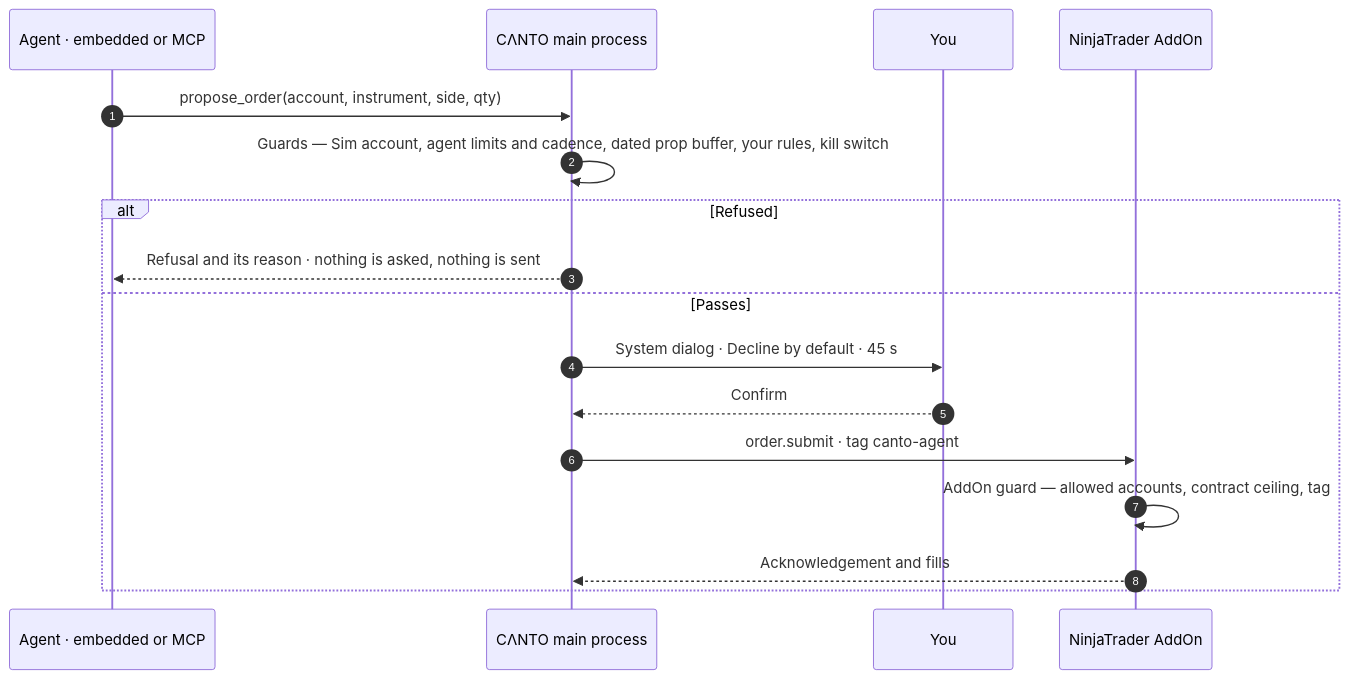
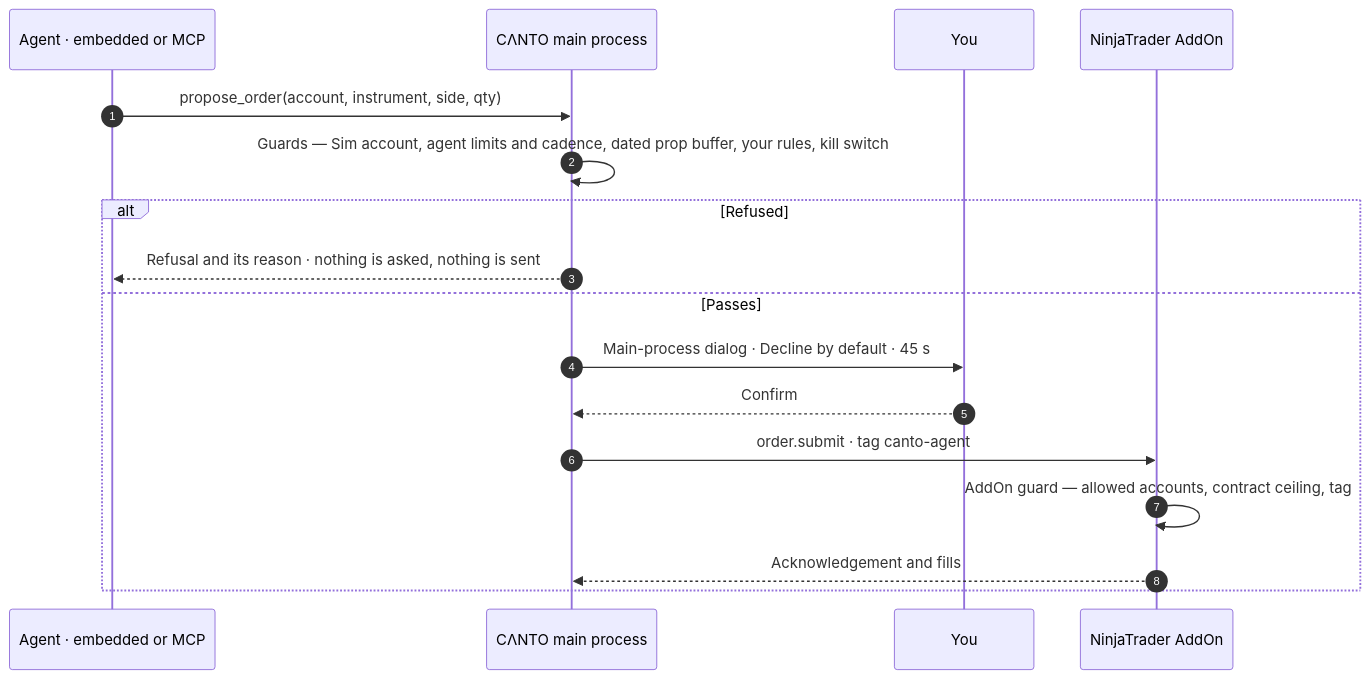
One commit to 0xSrk/C-NTO changed the first of 2 diagrams in README.md. Above: the diagram before and after it, drawn with Mermaid. The commit also changed other lines of this file and 2 other files, not shown here.

````diff
--- a/README.md
+++ b/README.md
@@ -467,19 +473,19 @@
 ```mermaid
 sequenceDiagram
     autonumber
     participant A as Agent · embedded or MCP
     participant M as CΛNTO main process
     participant T as You
     participant N as NinjaTrader AddOn
     A->>M: propose_order(account, instrument, side, qty)
     M->>M: Guards — Sim account, agent limits and cadence, dated prop buffer, your rules, kill switch
     alt Refused
         M-->>A: Refusal and its reason · nothing is asked, nothing is sent
     else Passes
-        M->>T: System dialog · Decline by default · 45 s
+        M->>T: Main-process dialog · Decline by default · 45 s
         T-->>M: Confirm
         M->>N: order.submit · tag canto-agent
         N->>N: AddOn guard — allowed accounts, contract ceiling, tag
         N-->>M: Acknowledgement and fills
     end
 ```
````
